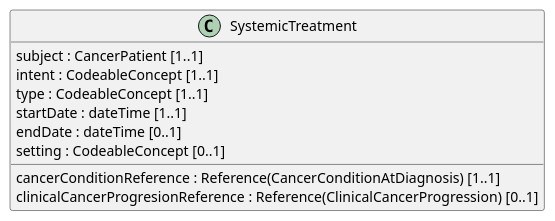
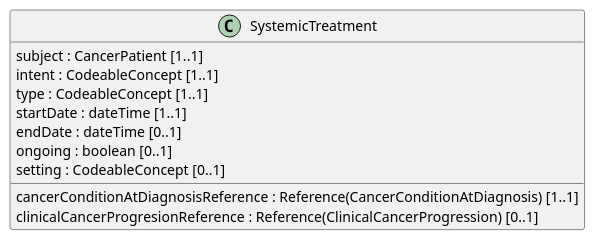
Before and after one commit to hl7-eu/cancer-common: the diagram in input/images-source/SystemicTreatment_LM.plantuml, drawn with PlantUML. The commit also changed 15 other files, not shown here.

Commit message:
Update logical model diagrams and page

```diff
--- a/input/images-source/SystemicTreatment_LM.plantuml
+++ b/input/images-source/SystemicTreatment_LM.plantuml
@@ -1,16 +1,17 @@
 @startuml
 hide empty members
 skinparam classAttributeIconSize 0
 
 class SystemicTreatment {
   subject : CancerPatient [1..1]
-  cancerConditionReference : Reference(CancerConditionAtDiagnosis) [1..1]
+  cancerConditionAtDiagnosisReference : Reference(CancerConditionAtDiagnosis) [1..1]
   clinicalCancerProgresionReference : Reference(ClinicalCancerProgression) [0..1]
   intent : CodeableConcept [1..1]
   type : CodeableConcept [1..1]
   startDate : dateTime [1..1]
   endDate : dateTime [0..1]
+  ongoing : boolean [0..1]
   setting : CodeableConcept [0..1]
 }
 
 @enduml
```
